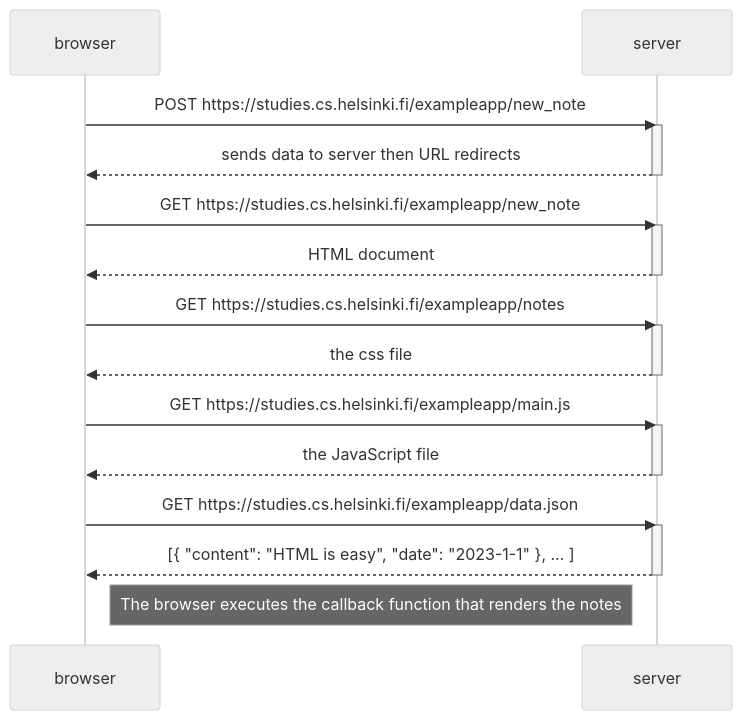
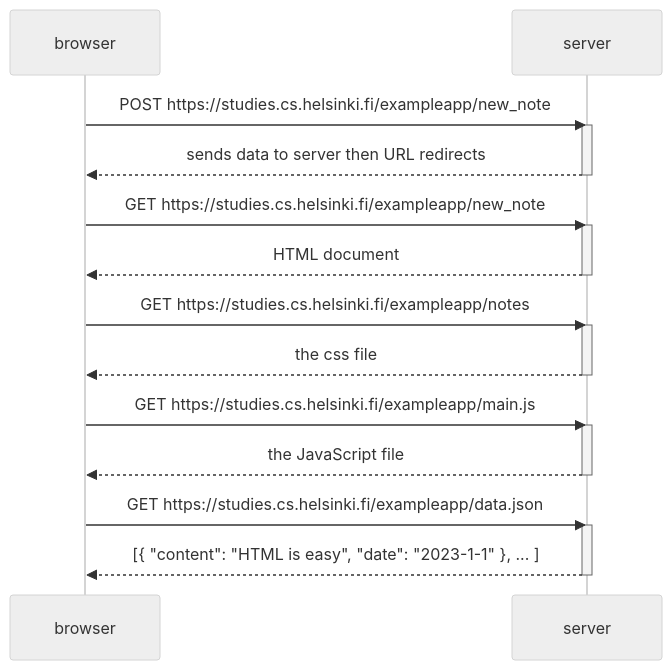
Before and after one commit to ahe8/full_stack_open: the diagram in part0/4-new_note_diagram.md, drawn with Mermaid (neutral theme). The commit also changed 2 other files, not shown here.

Commit message:
save part0 changes

````diff
--- a/part0/4-new_note_diagram.md
+++ b/part0/4-new_note_diagram.md
@@ -1,32 +1,30 @@
 ```mermaid
 sequenceDiagram
     participant browser
     participant server
 
     browser->>server: POST https://studies.cs.helsinki.fi/exampleapp/new_note
     activate server
     server-->>browser: sends data to server then URL redirects
     deactivate server
 
     browser->>server: GET https://studies.cs.helsinki.fi/exampleapp/new_note
     activate server
     server-->>browser: HTML document
     deactivate server
 
     browser->>server: GET https://studies.cs.helsinki.fi/exampleapp/notes
     activate server
     server-->>browser: the css file
     deactivate server
 
     browser->>server: GET https://studies.cs.helsinki.fi/exampleapp/main.js
     activate server
     server-->>browser: the JavaScript file
     deactivate server
 
     browser->>server: GET https://studies.cs.helsinki.fi/exampleapp/data.json
     activate server
     server-->>browser: [{ "content": "HTML is easy", "date": "2023-1-1" }, ... ]
     deactivate server
-
-    Note right of browser: The browser executes the callback function that renders the notes
 ```
````
